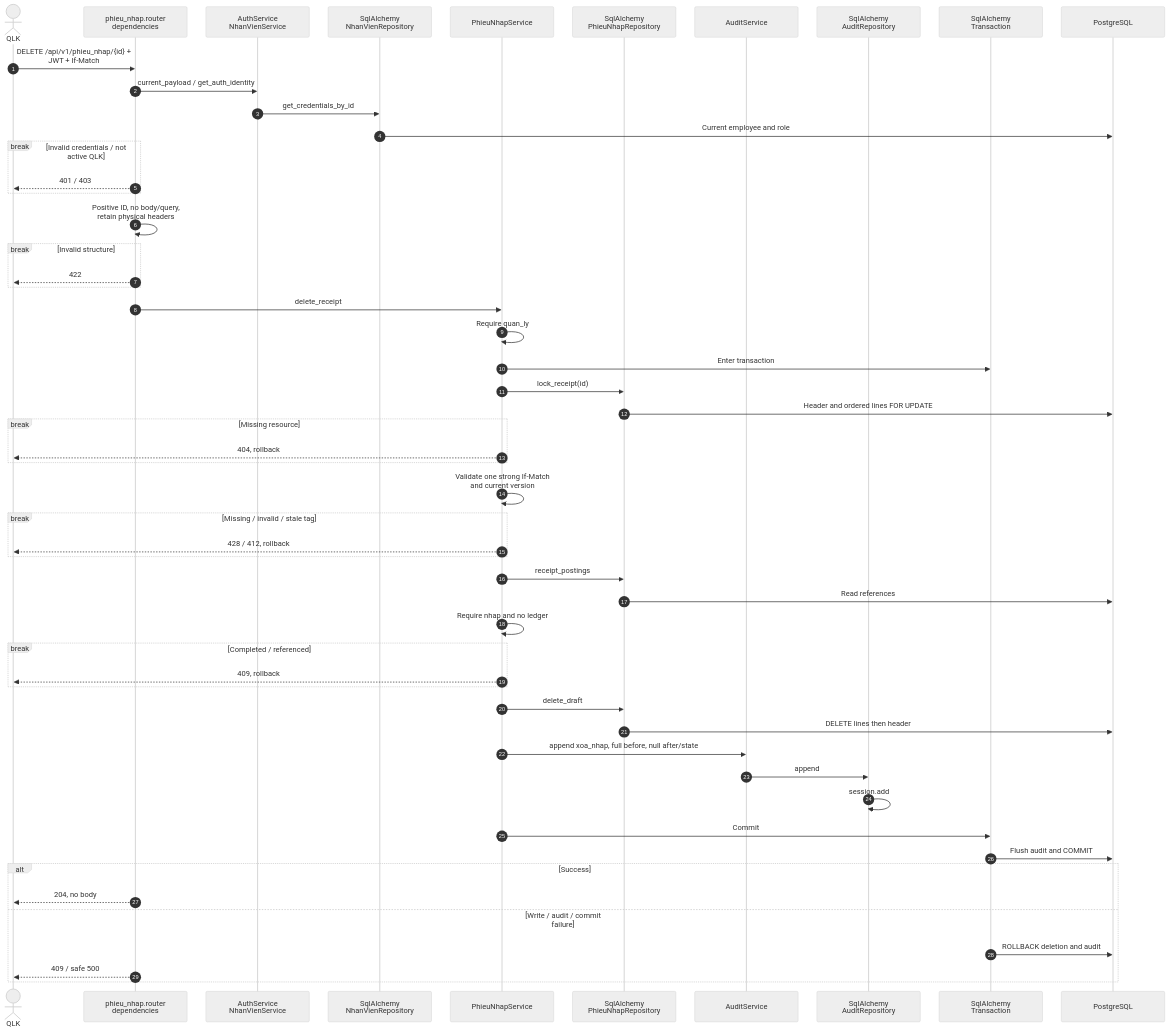
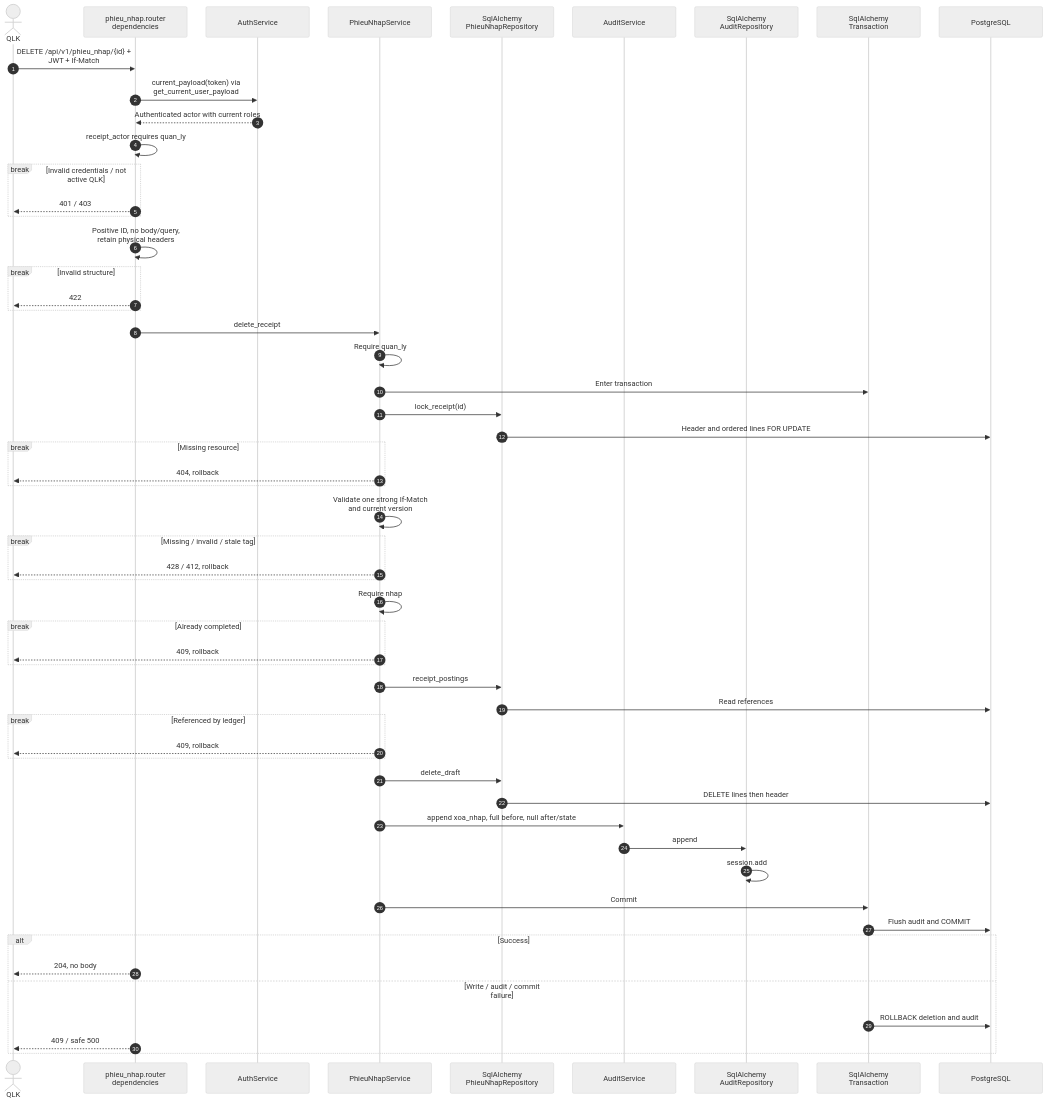
One commit to thanhklt/xbike-mrp-system changed the fifth of 6 diagrams in docs/sequence/phieu_nhap.md. Above: the diagram before and after it, drawn with Mermaid (neutral theme). The commit also changed other lines of this file and 10 other files, not shown here.

````diff
--- a/docs/sequence/phieu_nhap.md
+++ b/docs/sequence/phieu_nhap.md
@@ -258,57 +275,59 @@
 ```mermaid
 %%{init: {"sequence": {"width": 220, "wrap": true, "actorMargin": 40}}}%%
 sequenceDiagram
     autonumber
     actor C as QLK
     participant R as phieu_nhap.router<br/>dependencies
-    participant A as AuthService<br/>NhanVienService
-    participant N as SqlAlchemy<br/>NhanVienRepository
+    participant A as AuthService
     participant S as PhieuNhapService
     participant P as SqlAlchemy<br/>PhieuNhapRepository
     participant AU as AuditService
     participant AR as SqlAlchemy<br/>AuditRepository
     participant T as SqlAlchemy<br/>Transaction
     participant DB as PostgreSQL
     C->>R: DELETE /api/v1/phieu_nhap/{id} + JWT + If-Match
-    R->>A: current_payload / get_auth_identity
-    A->>N: get_credentials_by_id
-    N->>DB: Current employee and role
+    R->>A: current_payload(token) via get_current_user_payload
+    A-->>R: Authenticated actor with current roles
+    R->>R: receipt_actor requires quan_ly
     break Invalid credentials / not active QLK
         R-->>C: 401 / 403
     end
     R->>R: Positive ID, no body/query, retain physical headers
     break Invalid structure
         R-->>C: 422
     end
     R->>S: delete_receipt
     S->>S: Require quan_ly
     S->>T: Enter transaction
     S->>P: lock_receipt(id)
     P->>DB: Header and ordered lines FOR UPDATE
     break Missing resource
         S-->>C: 404, rollback
     end
     S->>S: Validate one strong If-Match and current version
     break Missing / invalid / stale tag
         S-->>C: 428 / 412, rollback
     end
+    S->>S: Require nhap
+    break Already completed
+        S-->>C: 409, rollback
+    end
     S->>P: receipt_postings
     P->>DB: Read references
-    S->>S: Require nhap and no ledger
-    break Completed / referenced
+    break Referenced by ledger
         S-->>C: 409, rollback
     end
     S->>P: delete_draft
     P->>DB: DELETE lines then header
     S->>AU: append xoa_nhap, full before, null after/state
     AU->>AR: append
     AR->>AR: session.add
     S->>T: Commit
     T->>DB: Flush audit and COMMIT
     alt Success
         R-->>C: 204, no body
     else Write / audit / commit failure
         T->>DB: ROLLBACK deletion and audit
         R-->>C: 409 / safe 500
     end
 ```
````
